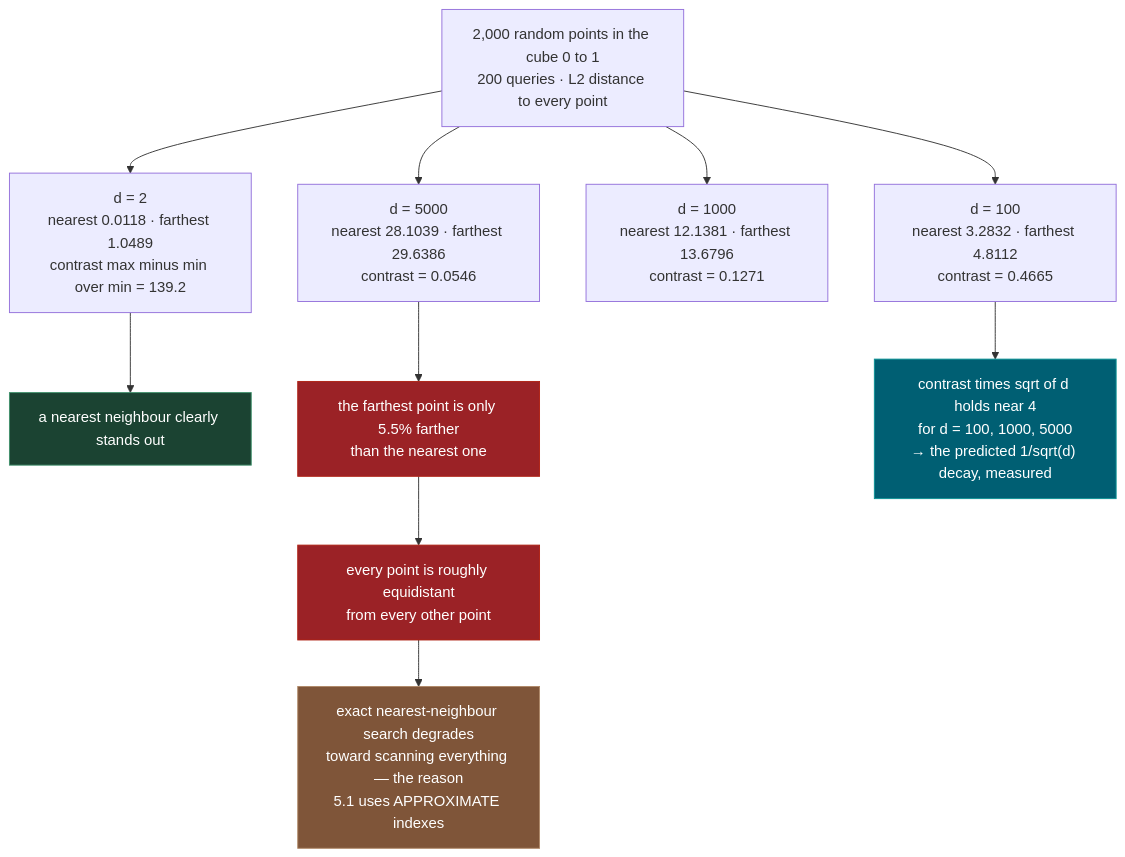
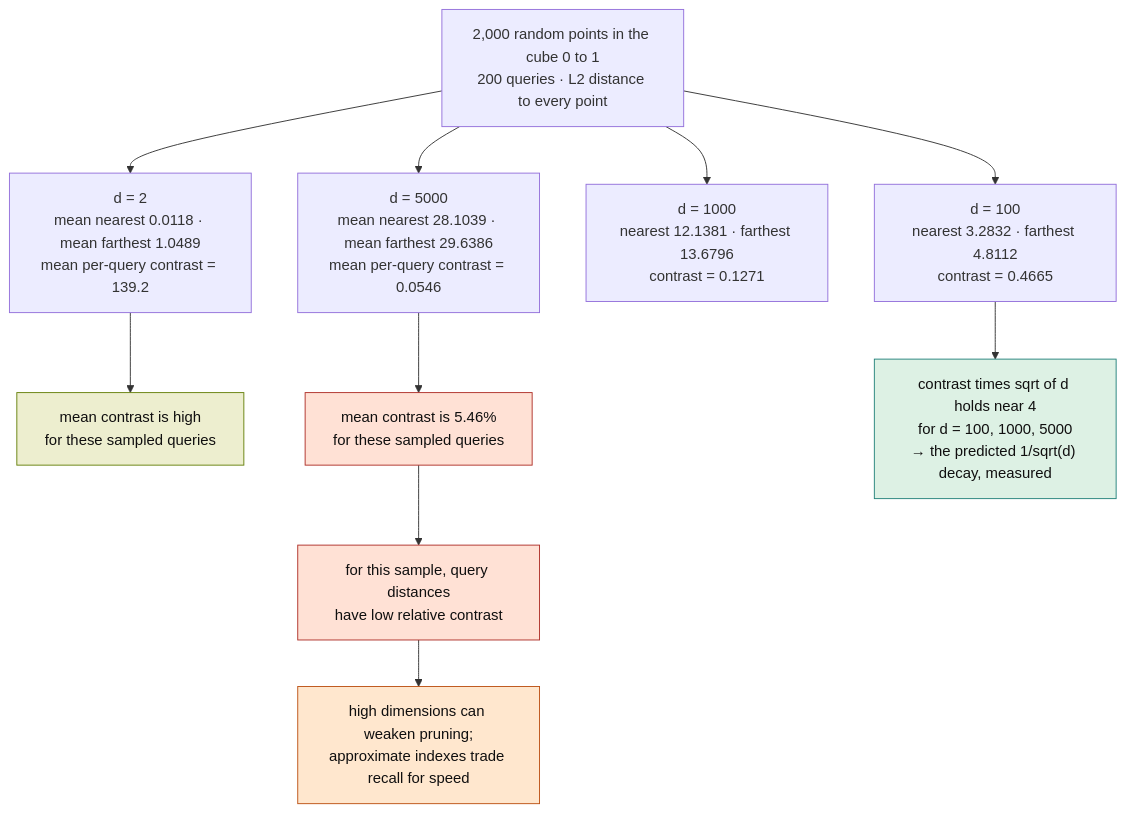
Before and after one commit to madhankumar-chiluveri/ai-ml-course: the eighth of 8 diagrams in course-path/phase-1-math-foundations/01_vectors_vector_spaces_norms.md, drawn with Mermaid. The commit also changed other lines of this file and 41 other files, not shown here.

````diff
--- a/course-path/phase-1-math-foundations/01_vectors_vector_spaces_norms.md
+++ b/course-path/phase-1-math-foundations/01_vectors_vector_spaces_norms.md
@@ -292,22 +333,24 @@
 ```mermaid
 flowchart TD
     SET["2,000 random points in the cube 0 to 1<br>200 queries · L2 distance to every point"]
 
-    SET --> D2["d = 2<br>nearest 0.0118 · farthest 1.0489<br>contrast max minus min over min = 139.2"]
+    SET --> D2["d = 2<br>mean nearest 0.0118 · mean farthest 1.0489<br>mean per-query contrast = 139.2"]
     SET --> D100["d = 100<br>nearest 3.2832 · farthest 4.8112<br>contrast = 0.4665"]
     SET --> D1000["d = 1000<br>nearest 12.1381 · farthest 13.6796<br>contrast = 0.1271"]
-    SET --> D5000["d = 5000<br>nearest 28.1039 · farthest 29.6386<br>contrast = 0.0546"]
+    SET --> D5000["d = 5000<br>mean nearest 28.1039 · mean farthest 29.6386<br>mean per-query contrast = 0.0546"]
 
-    D2 --> OK["a nearest neighbour clearly stands out"]
-    D5000 --> BAD["the farthest point is only 5.5% farther<br>than the nearest one"]
-    BAD --> WHY["every point is roughly equidistant<br>from every other point"]
-    WHY --> COST["exact nearest-neighbour search degrades<br>toward scanning everything — the reason<br>5.1 uses APPROXIMATE indexes"]
+    D2 --> OK["mean contrast is high<br>for these sampled queries"]
+    D5000 --> BAD["mean contrast is 5.46%<br>for these sampled queries"]
+    BAD --> WHY["for this sample, query distances<br>have low relative contrast"]
+    WHY --> COST["high dimensions can weaken pruning;<br>approximate indexes trade recall for speed"]
 
     D100 --> RATE["contrast times sqrt of d holds near 4<br>for d = 100, 1000, 5000<br>→ the predicted 1/sqrt(d) decay, measured"]
-
-    style OK fill:#1b4332,stroke:#40916c,color:#fff
-    style BAD fill:#9b2226,stroke:#ae2012,color:#fff
-    style WHY fill:#9b2226,stroke:#ae2012,color:#fff
-    style COST fill:#7f5539,stroke:#b08968,color:#fff
-    style RATE fill:#005f73,stroke:#0a9396,color:#fff
+    class OK ok
+    classDef ok fill:#EDEECF,stroke:#66800B,color:#100F0F
+    class BAD,WHY err
+    classDef err fill:#FFE1D5,stroke:#AF3029,color:#100F0F
+    class COST warn
+    classDef warn fill:#FFE7CE,stroke:#BC5215,color:#100F0F
+    class RATE proc
+    classDef proc fill:#DDF1E4,stroke:#24837B,color:#100F0F
 ```
````
